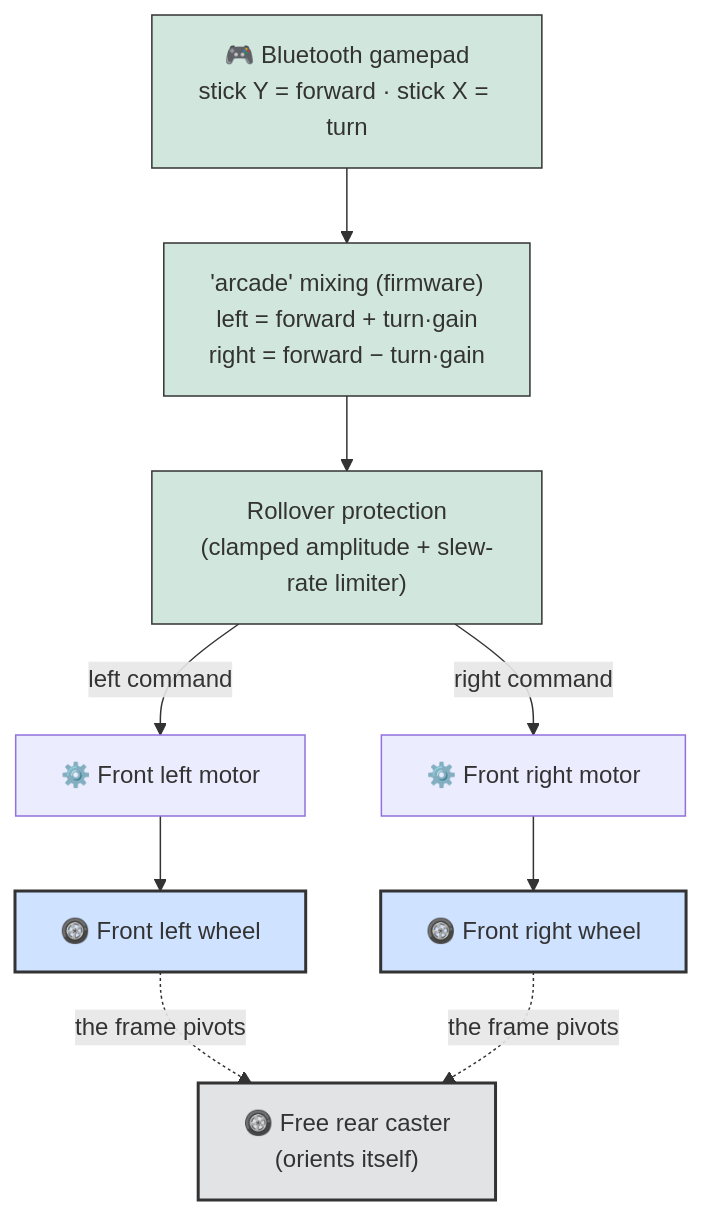
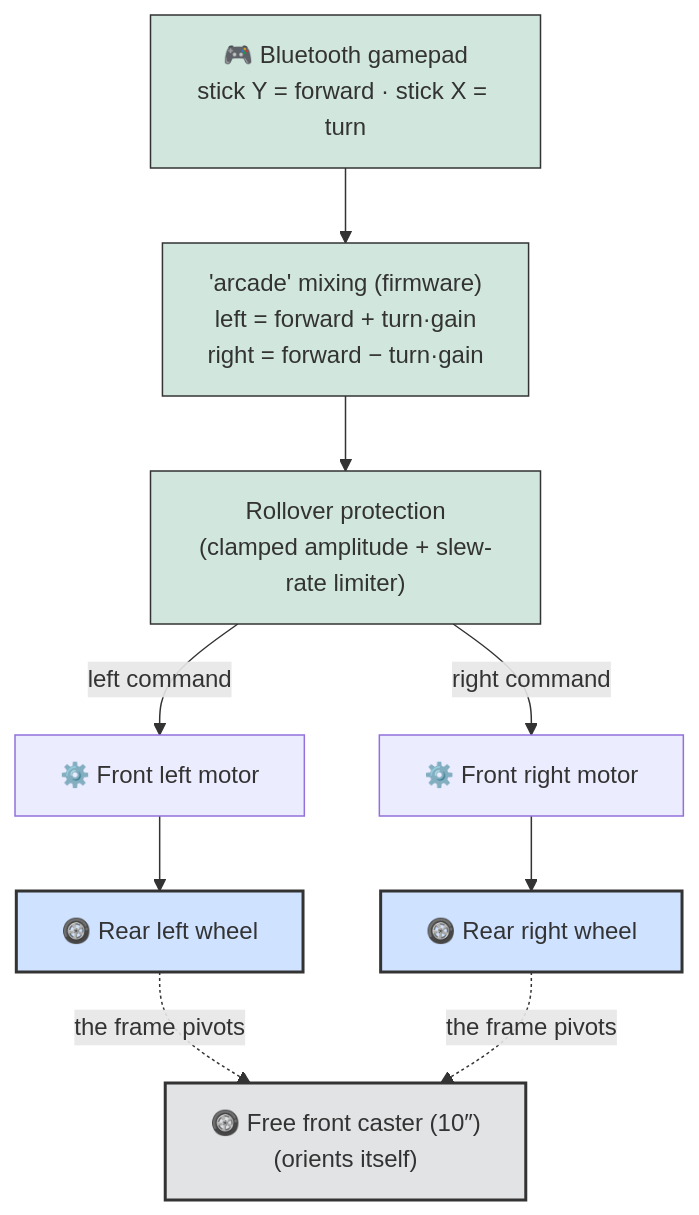
One commit to pinkymaxou/powered-soapbox-car changed the fourth of 9 diagrams in README.md. Above: the diagram before and after it, drawn with Mermaid. The commit also changed other lines of this file and 9 other files, not shown here.

First line of the commit message:
The caster goes to the front, then the bench steps off the axle

````diff
--- a/README.md
+++ b/README.md
@@ -238,24 +239,24 @@
 ```mermaid
 flowchart TD
     PAD["🎮 Bluetooth gamepad<br/>stick Y = forward · stick X = turn"]
     MIX["'arcade' mixing (firmware)<br/>left = forward + turn·gain<br/>right = forward − turn·gain"]
     LIM["Rollover protection<br/>(clamped amplitude + slew-rate limiter)"]
     ML["⚙️ Front left motor"]
     MR["⚙️ Front right motor"]
-    RG["🛞 Front left wheel"]
-    RD["🛞 Front right wheel"]
-    CAS["🛞 Free rear caster<br/>(orients itself)"]
+    RG["🛞 Rear left wheel"]
+    RD["🛞 Rear right wheel"]
+    CAS["🛞 Free front caster (10″)<br/>(orients itself)"]
 
     PAD --> MIX --> LIM
     LIM -- "left command" --> ML --> RG
     LIM -- "right command" --> MR --> RD
     RG -. "the frame pivots" .-> CAS
     RD -. "the frame pivots" .-> CAS
 
     classDef cmd fill:#d1e7dd,stroke:#333;
     classDef mobile fill:#cfe2ff,stroke:#333,stroke-width:2px;
     classDef caster fill:#e2e3e5,stroke:#333,stroke-width:2px;
     class PAD,MIX,LIM cmd;
     class RG,RD mobile;
     class CAS caster;
 ```
````
